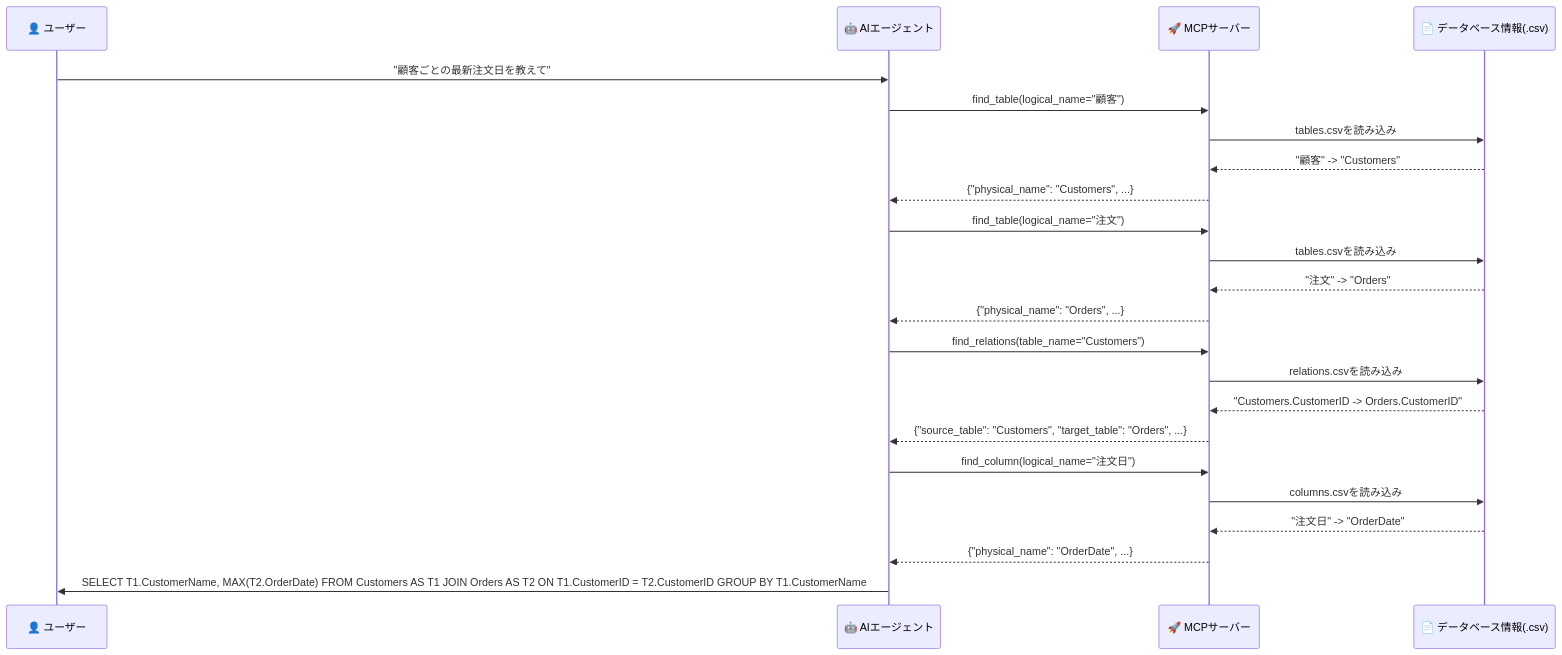
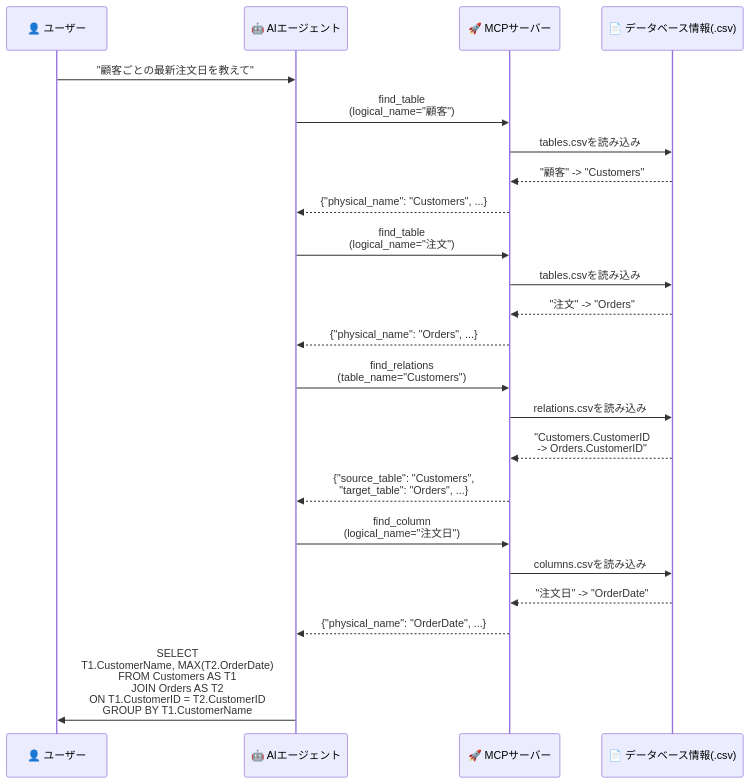
One commit to yt3trees/SqlSchemaBridgeMCP changed the second of 2 diagrams in README.ja.md. Above: the diagram before and after it, drawn with Mermaid. The commit also changed 1 other file, not shown here.

Commit message:
fix: README.md

````diff
--- a/README.ja.md
+++ b/README.ja.md
@@ -72,26 +72,26 @@
 ```mermaid
 sequenceDiagram
     participant User as 👤 ユーザー
     participant Agent as 🤖 AIエージェント
     participant MCPServer as 🚀 MCPサーバー
     participant DBInfo as 📄 データベース情報(.csv)
 
     User->>Agent: "顧客ごとの最新注文日を教えて"
-    Agent->>MCPServer: find_table(logical_name="顧客")
+    Agent->>MCPServer: find_table<br>(logical_name="顧客")
     MCPServer->>DBInfo: tables.csvを読み込み
     DBInfo-->>MCPServer: "顧客" -> "Customers"
     MCPServer-->>Agent: {"physical_name": "Customers", ...}
-    Agent->>MCPServer: find_table(logical_name="注文")
+    Agent->>MCPServer: find_table<br>(logical_name="注文")
     MCPServer->>DBInfo: tables.csvを読み込み
     DBInfo-->>MCPServer: "注文" -> "Orders"
     MCPServer-->>Agent: {"physical_name": "Orders", ...}
-    Agent->>MCPServer: find_relations(table_name="Customers")
+    Agent->>MCPServer: find_relations<br>(table_name="Customers")
     MCPServer->>DBInfo: relations.csvを読み込み
-    DBInfo-->>MCPServer: "Customers.CustomerID -> Orders.CustomerID"
-    MCPServer-->>Agent: {"source_table": "Customers", "target_table": "Orders", ...}
-    Agent->>MCPServer: find_column(logical_name="注文日")
+    DBInfo-->>MCPServer: "Customers.CustomerID <br>-> Orders.CustomerID"
+    MCPServer-->>Agent: {"source_table": "Customers", <br>"target_table": "Orders", ...}
+    Agent->>MCPServer: find_column<br>(logical_name="注文日")
     MCPServer->>DBInfo: columns.csvを読み込み
     DBInfo-->>MCPServer: "注文日" -> "OrderDate"
     MCPServer-->>Agent: {"physical_name": "OrderDate", ...}
-    Agent->>User: SELECT T1.CustomerName, MAX(T2.OrderDate) FROM Customers AS T1 JOIN Orders AS T2 ON T1.CustomerID = T2.CustomerID GROUP BY T1.CustomerName;
+    Agent->>User: SELECT <br>T1.CustomerName, MAX(T2.OrderDate)<br>FROM Customers AS T1 <br> JOIN Orders AS T2 <br>ON T1.CustomerID = T2.CustomerID <br>GROUP BY T1.CustomerName;
 ```
````
